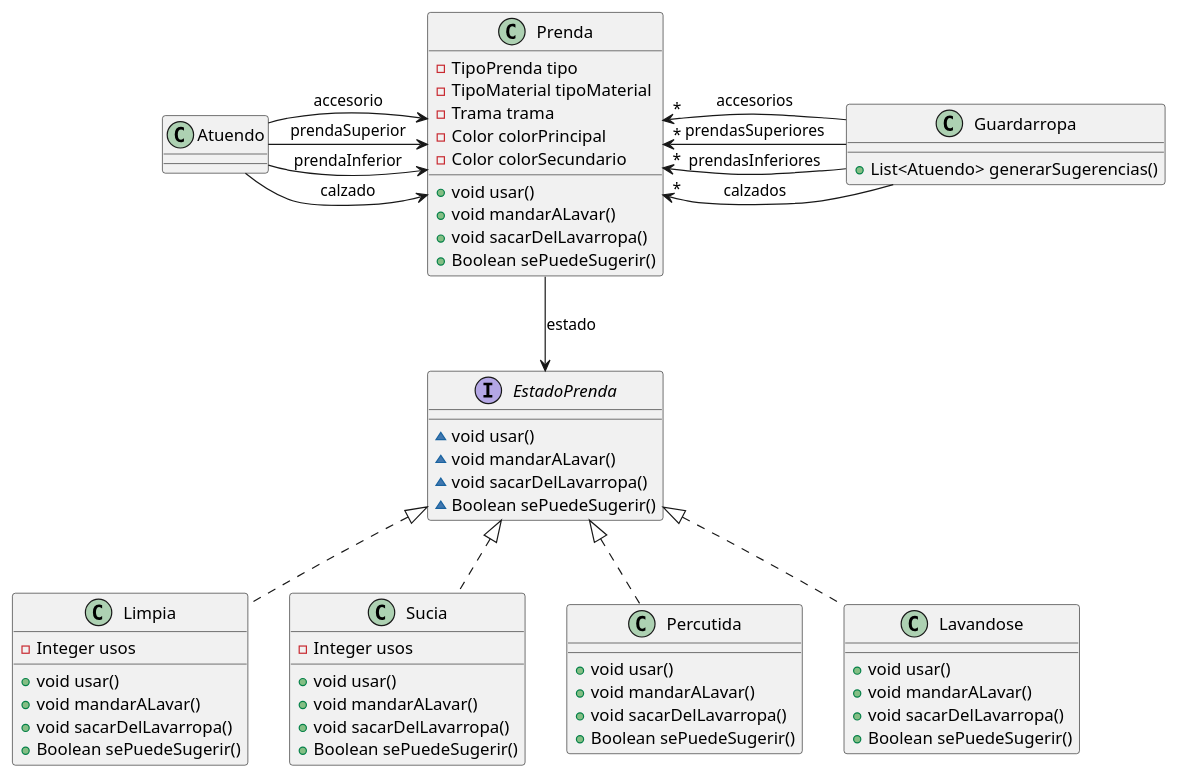
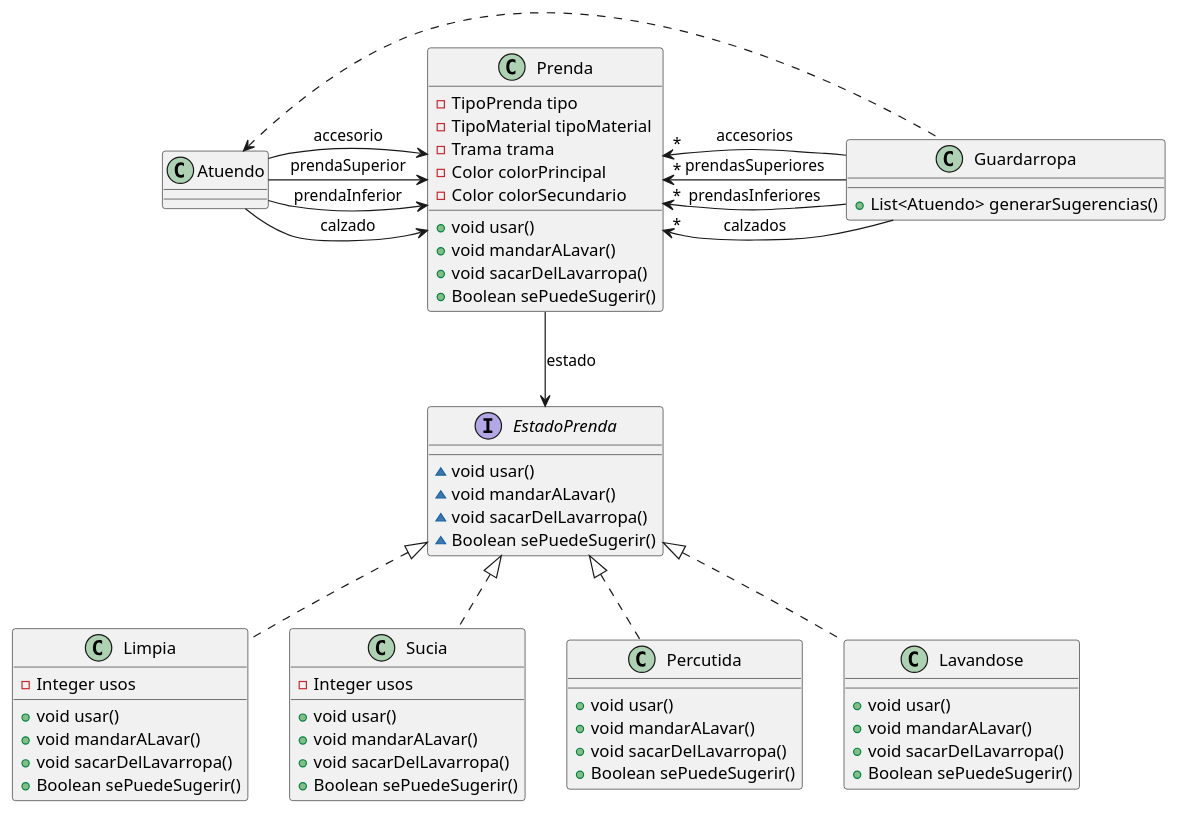
The diagram in diagramas/qmp3.puml (AlejandroDeheza/QMP), drawn with PlantUML before and after one commit. The commit also changed 1 other file, not shown here.

Commit message:
actualizo diagrama otra vez

```diff
--- a/diagramas/qmp3.puml
+++ b/diagramas/qmp3.puml
@@ -1,74 +1,76 @@
 @startuml
 class Atuendo {
 }
 
 class Guardarropa {
 + List<Atuendo> generarSugerencias()
 }
 
 interface EstadoPrenda {
 ~ void usar()
 ~ void mandarALavar()
 ~ void sacarDelLavarropa()
 ~ Boolean sePuedeSugerir()
 }
 
 class Limpia{
 - Integer usos
 + void usar()
 + void mandarALavar()
 + void sacarDelLavarropa()
 + Boolean sePuedeSugerir()
 }
 
 class Sucia{
 - Integer usos
 + void usar()
 + void mandarALavar()
 + void sacarDelLavarropa()
 + Boolean sePuedeSugerir()
 }
 
 class Percutida{
 + void usar()
 + void mandarALavar()
 + void sacarDelLavarropa()
 + Boolean sePuedeSugerir()
 }
 
 class Lavandose{
 + void usar()
 + void mandarALavar()
 + void sacarDelLavarropa()
 + Boolean sePuedeSugerir()
 }
 
 class Prenda {
 - TipoPrenda tipo
 - TipoMaterial tipoMaterial
 - Trama trama
 - Color colorPrincipal
 - Color colorSecundario
 + void usar()
 + void mandarALavar()
 + void sacarDelLavarropa()
 + Boolean sePuedeSugerir()
 }
 
 Prenda <-left- Atuendo : prendaSuperior
 Prenda <-left- Atuendo : prendaInferior
 Prenda <-left- Atuendo : calzado
 Prenda <-left- Atuendo : accesorio
 
 Prenda "*" <-right- Guardarropa : prendasSuperiores
-Prenda "*" <-- Guardarropa : prendasInferiores
-Prenda "*" <-- Guardarropa : calzados
-Prenda "*" <-- Guardarropa : accesorios
+Prenda "*" <-right- Guardarropa : prendasInferiores
+Prenda "*" <-right- Guardarropa : calzados
+Prenda "*" <-right- Guardarropa : accesorios
+
+Atuendo <.right. Guardarropa
 
 EstadoPrenda <-up- Prenda : estado
 
 EstadoPrenda <|.. Limpia
 EstadoPrenda <|.. Sucia
 EstadoPrenda <|.. Percutida
 EstadoPrenda <|.. Lavandose
 @enduml
```
